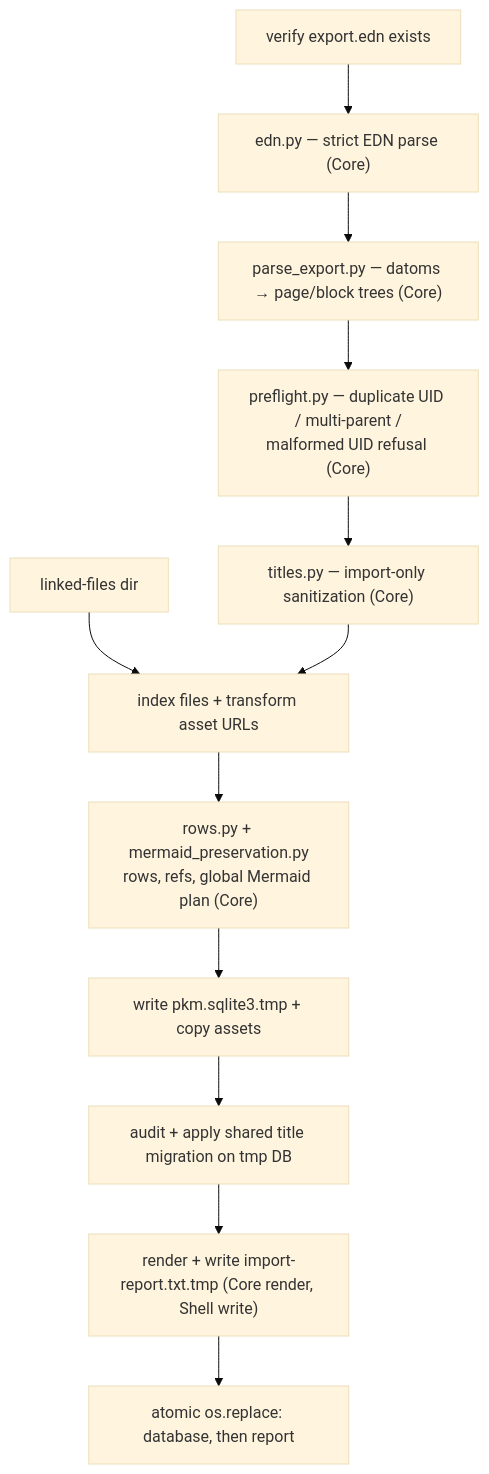
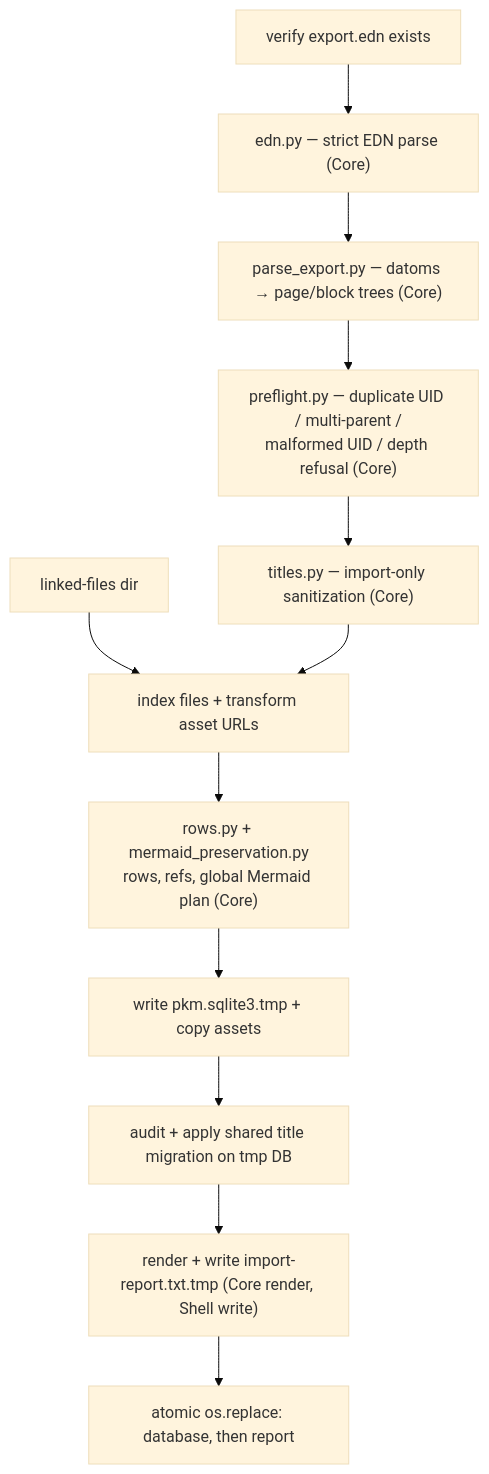
Before and after one commit to ArthurClune/pkm-system: the diagram in docs/architecture/import-export-and-backup.md, drawn with Mermaid (base theme). The commit also changed other lines of this file and 5 other files, not shown here.

````diff
--- a/docs/architecture/import-export-and-backup.md
+++ b/docs/architecture/import-export-and-backup.md
@@ -83,14 +83,14 @@
 ```mermaid
 flowchart TD
     A["verify export.edn exists"] --> B["edn.py — strict EDN parse (Core)"]
     B --> C["parse_export.py — datoms → page/block trees (Core)"]
-    C --> P["preflight.py — duplicate UID / multi-parent /<br/>malformed UID refusal (Core)"]
+    C --> P["preflight.py — duplicate UID / multi-parent /<br/>malformed UID / depth refusal (Core)"]
     P --> T["titles.py — import-only sanitization (Core)"]
     F["linked-files dir"] --> G["index files + transform asset URLs"]
     T --> G
     G --> D["rows.py + mermaid_preservation.py<br/>rows, refs, global Mermaid plan (Core)"]
     D --> E["write pkm.sqlite3.tmp + copy assets"]
     E --> M["audit + apply shared title migration on tmp DB"]
     M --> R["render + write import-report.txt.tmp (Core render, Shell write)"]
     R --> H["atomic os.replace: database, then report"]
 ```
````
